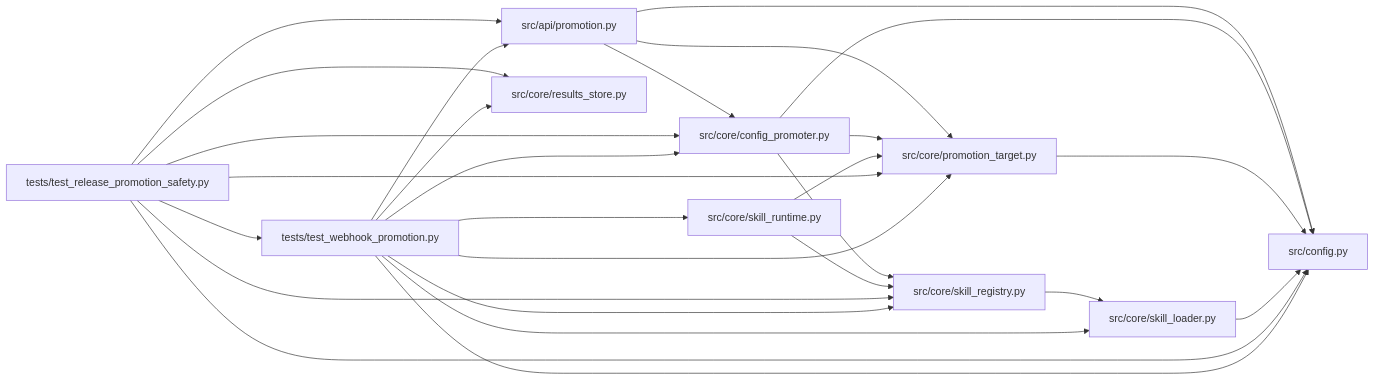
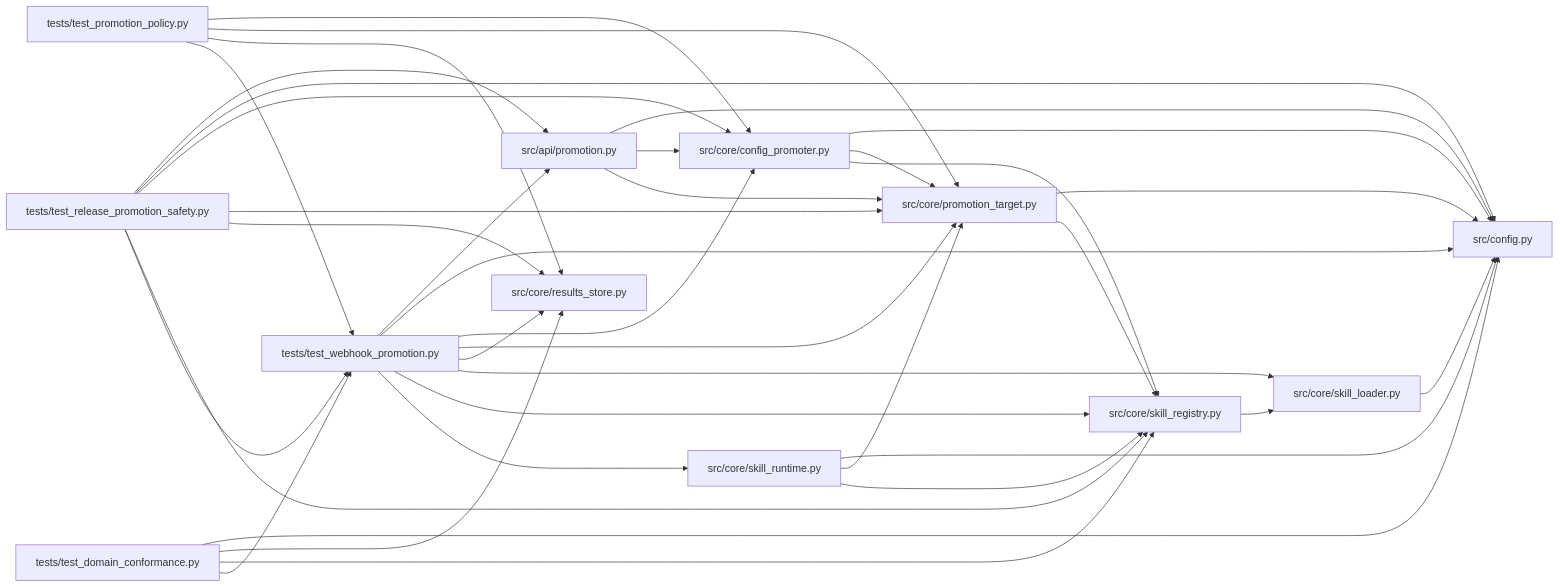
Before and after one commit to Denissvgn/autoresearch-agent: the diagram in docs/llm_wiki/modules/test_webhook_promotion.md, drawn with Mermaid. The commit also changed other lines of this file and 1033 other files, not shown here.

````diff
--- a/docs/llm_wiki/modules/test_webhook_promotion.md
+++ b/docs/llm_wiki/modules/test_webhook_promotion.md
@@ -45,49 +46,63 @@
 ```mermaid
 flowchart LR
     n0["src/api/promotion.py"]
     n1["src/config.py"]
     n2["src/core/config_promoter.py"]
     n3["src/core/promotion_target.py"]
     n4["src/core/results_store.py"]
     n5["src/core/skill_loader.py"]
     n6["src/core/skill_registry.py"]
     n7["src/core/skill_runtime.py"]
-    n8["tests/test_release_promotion_safety.py"]
-    n9["tests/test_webhook_promotion.py"]
+    n8["tests/test_domain_conformance.py"]
+    n9["tests/test_promotion_policy.py"]
+    n10["tests/test_release_promotion_safety.py"]
+    n11["tests/test_webhook_promotion.py"]
     n0 --> n1
     n0 --> n2
     n0 --> n3
     n2 --> n1
     n2 --> n3
     n2 --> n6
     n3 --> n1
+    n3 --> n6
     n5 --> n1
     n6 --> n5
+    n7 --> n1
     n7 --> n3
     n7 --> n6
-    n8 --> n0
     n8 --> n1
-    n8 --> n2
-    n8 --> n3
     n8 --> n4
     n8 --> n6
-    n8 --> n9
-    n9 --> n0
-    n9 --> n1
+    n8 --> n11
     n9 --> n2
     n9 --> n3
     n9 --> n4
-    n9 --> n5
-    n9 --> n6
-    n9 --> n7
+    n9 --> n11
+    n10 --> n0
+    n10 --> n1
+    n10 --> n2
+    n10 --> n3
+    n10 --> n4
+    n10 --> n6
+    n10 --> n11
+    n11 --> n0
+    n11 --> n1
+    n11 --> n2
+    n11 --> n3
+    n11 --> n4
+    n11 --> n5
+    n11 --> n6
+    n11 --> n7
     click n0 "../modules/promotion.md"
     click n1 "../modules/config.md"
     click n2 "../modules/config_promoter.md"
     click n3 "../modules/promotion_target.md"
     click n4 "../modules/results_store.md"
     click n5 "../modules/skill_loader.md"
     click n6 "../modules/skill_registry.md"
     click n7 "../modules/skill_runtime.md"
-    click n8 "../modules/test_release_promotion_safety.md"
-    click n9 "../modules/test_webhook_promotion.md"
+    click n8 "../modules/test_domain_conformance.md"
+    click n9 "../modules/test_promotion_policy.md"
+    click n10 "../modules/test_release_promotion_safety.md"
+    click n11 "../modules/test_webhook_promotion.md"
 ```
````
